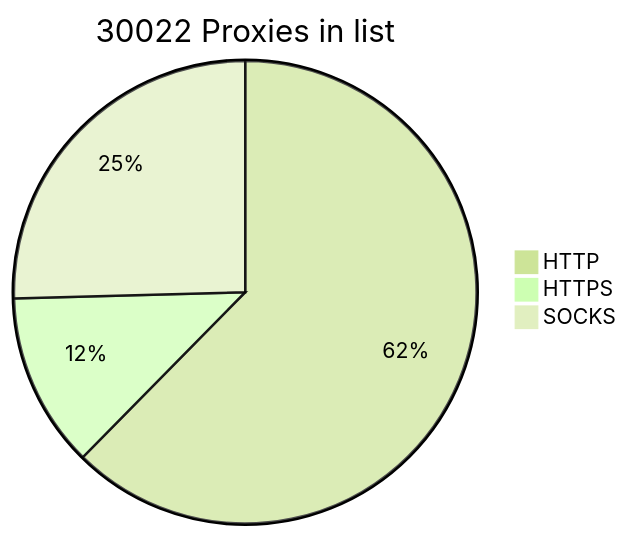
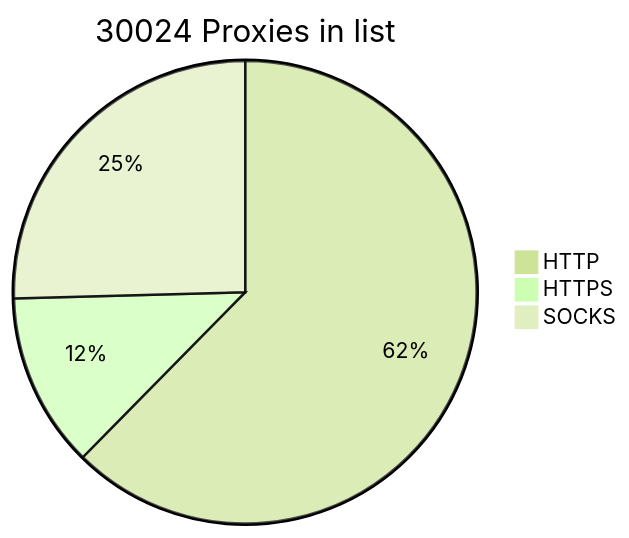
Before and after one commit to BlackSnowDot/proxylist-update-every-minute: the diagram in README.md, drawn with Mermaid (forest theme).

````diff
--- a/README.md
+++ b/README.md
@@ -2,6 +2,6 @@
 ```mermaid
-pie title 30022 Proxies in list
-    "HTTP" : 20593
-    "HTTPS": 4024
+pie title 30024 Proxies in list
+    "HTTP" : 20594
+    "HTTPS": 4025
     "SOCKS" : 8397
 ```
````
